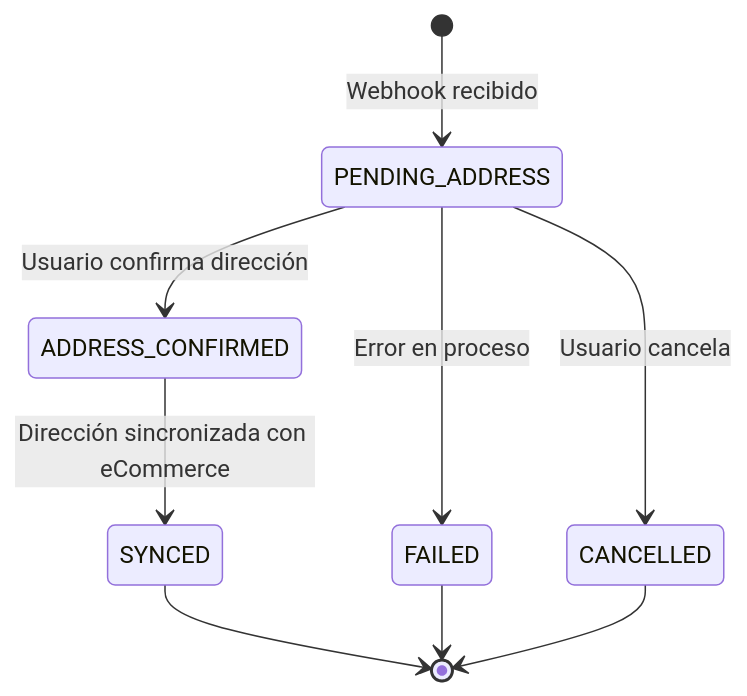
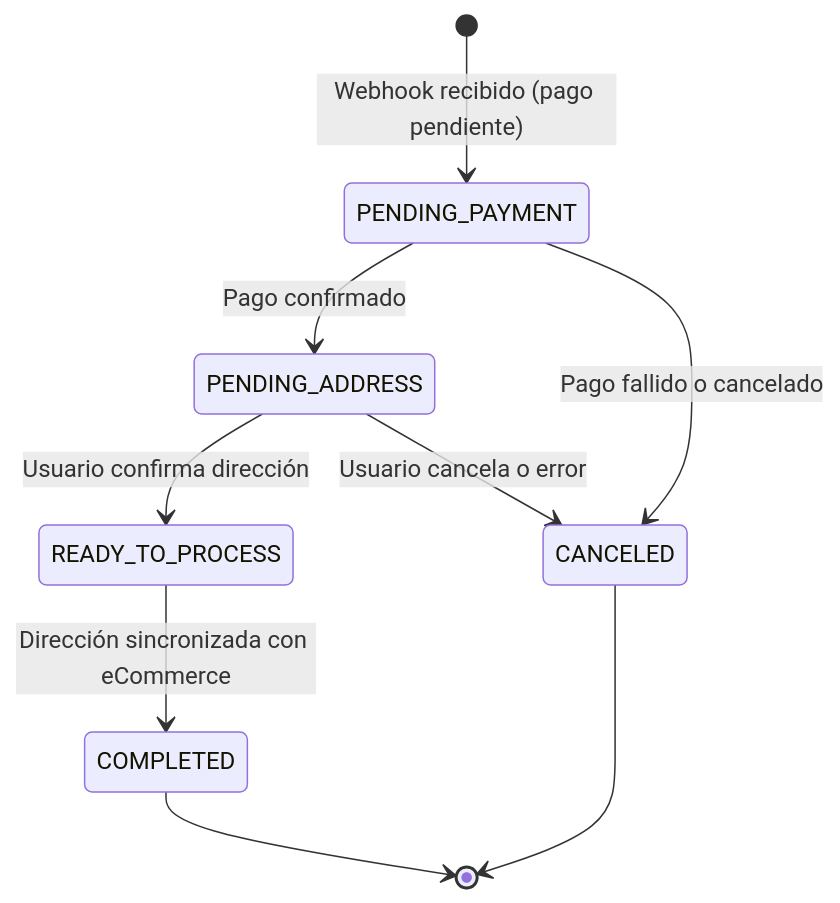
The first of 2 diagrams in openspec/specs/data-model.md (LIDR-academy/AI4Devs-finalproject), drawn with Mermaid before and after one commit. The commit also changed other lines of this file and 3 other files, not shown here.

````diff
--- a/openspec/specs/data-model.md
+++ b/openspec/specs/data-model.md
@@ -121,11 +165,11 @@
 ```mermaid
 stateDiagram-v2
-    [*] --> PENDING_ADDRESS: Webhook recibido
-    PENDING_ADDRESS --> ADDRESS_CONFIRMED: Usuario confirma dirección
-    ADDRESS_CONFIRMED --> SYNCED: Dirección sincronizada con eCommerce
-    PENDING_ADDRESS --> FAILED: Error en proceso
-    PENDING_ADDRESS --> CANCELLED: Usuario cancela
-    SYNCED --> [*]
-    FAILED --> [*]
-    CANCELLED --> [*]
+    [*] --> PENDING_PAYMENT: Webhook recibido (pago pendiente)
+    PENDING_PAYMENT --> PENDING_ADDRESS: Pago confirmado
+    PENDING_ADDRESS --> READY_TO_PROCESS: Usuario confirma dirección
+    READY_TO_PROCESS --> COMPLETED: Dirección sincronizada con eCommerce
+    PENDING_ADDRESS --> CANCELED: Usuario cancela o error
+    PENDING_PAYMENT --> CANCELED: Pago fallido o cancelado
+    COMPLETED --> [*]
+    CANCELED --> [*]
 ```
````
